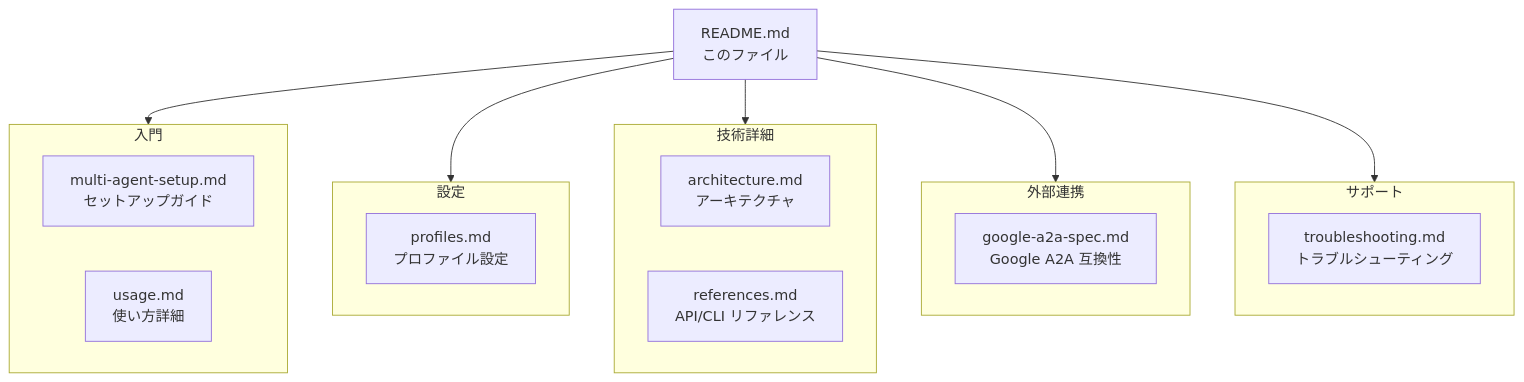
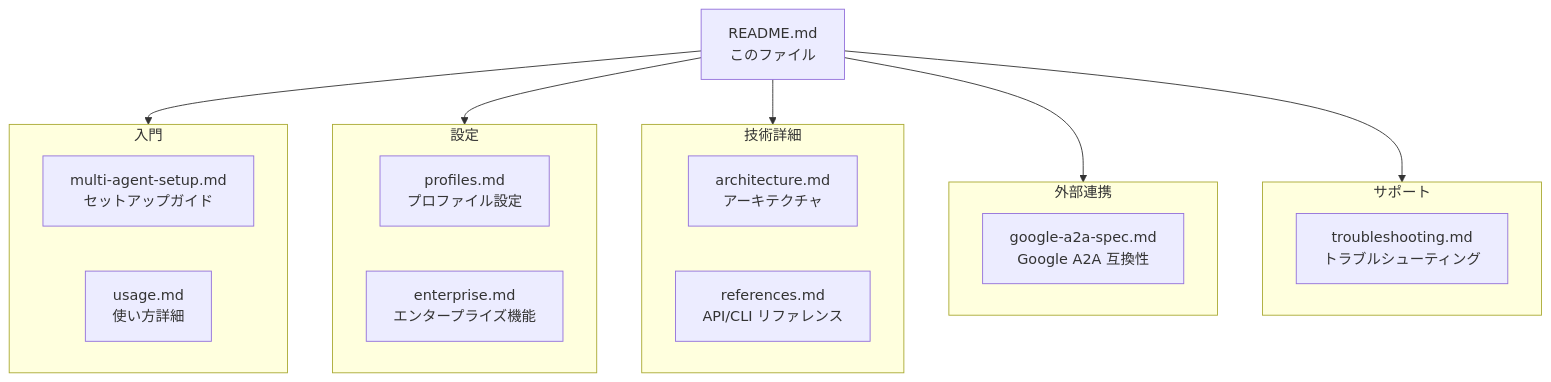
The diagram in guides/README.md (s-hiraoku/synapse-a2a), drawn with Mermaid before and after one commit. The commit also changed other lines of this file and 2 other files, not shown here.

First line of the commit message:
docs: add comprehensive enterprise features documentation

````diff
--- a/guides/README.md
+++ b/guides/README.md
@@ -25,32 +26,33 @@
 ```mermaid
 flowchart TD
     README["README.md<br/>このファイル"]
 
     subgraph Getting_Started["入門"]
         Setup["multi-agent-setup.md<br/>セットアップガイド"]
         Usage["usage.md<br/>使い方詳細"]
     end
 
     subgraph Configuration["設定"]
         Profiles["profiles.md<br/>プロファイル設定"]
+        Enterprise["enterprise.md<br/>エンタープライズ機能"]
     end
 
     subgraph Technical["技術詳細"]
         Arch["architecture.md<br/>アーキテクチャ"]
         Refs["references.md<br/>API/CLI リファレンス"]
     end
 
     subgraph External["外部連携"]
         Google["google-a2a-spec.md<br/>Google A2A 互換性"]
     end
 
     subgraph Support["サポート"]
         Trouble["troubleshooting.md<br/>トラブルシューティング"]
     end
 
     README --> Getting_Started
     README --> Configuration
     README --> Technical
     README --> External
     README --> Support
 ```
````
